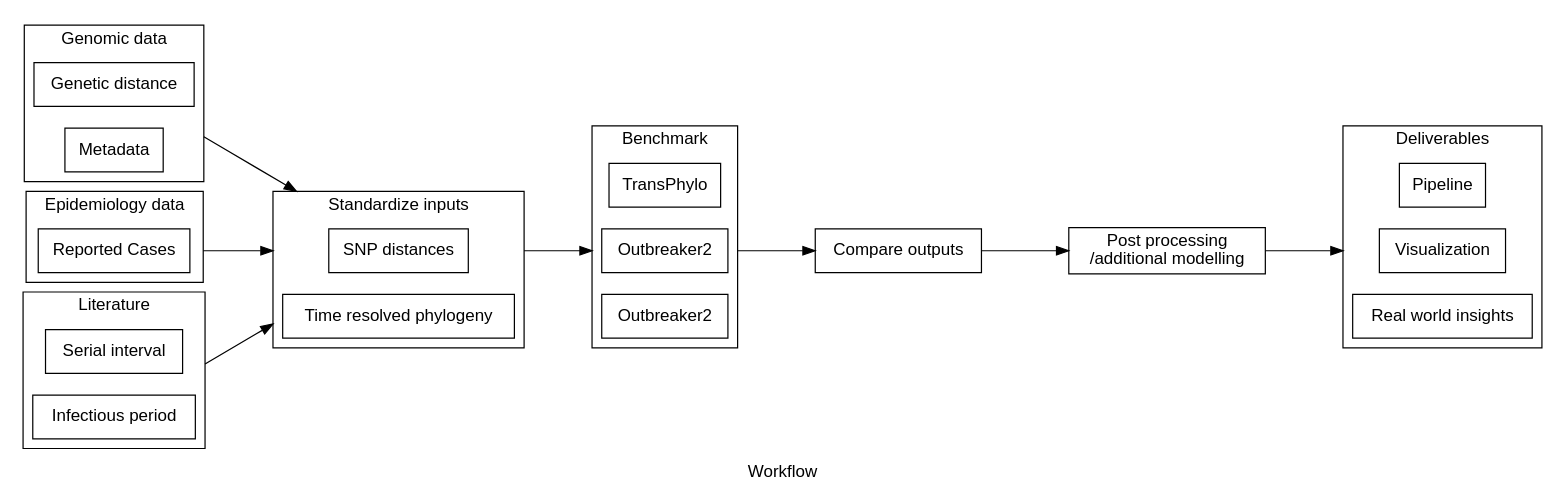
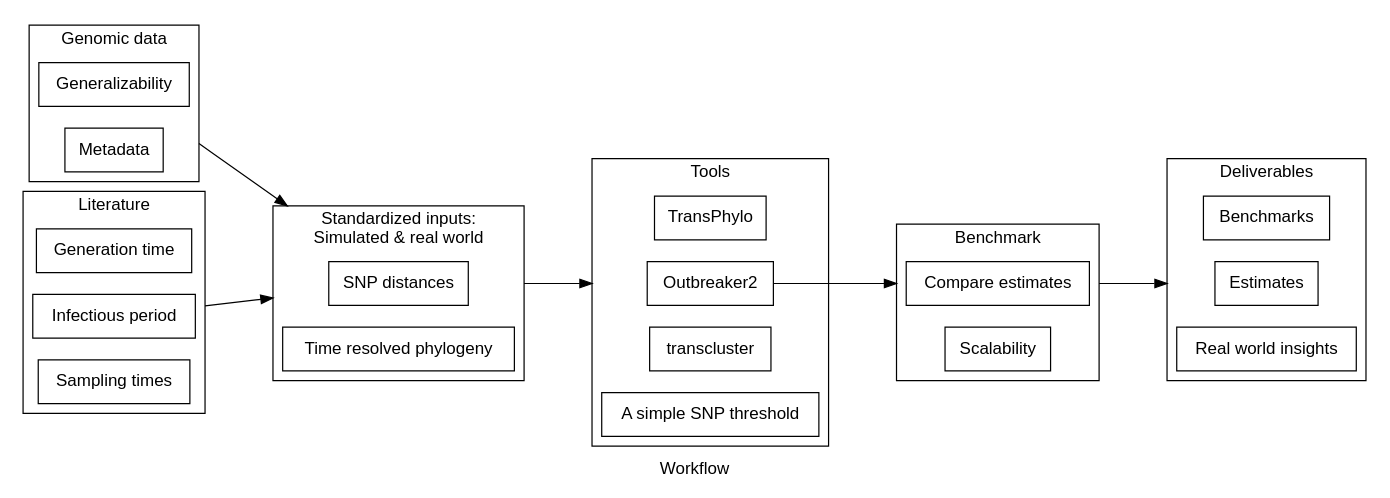
Before and after one commit to NCBI-Codeathons/beyond-phylogenies-team5: the diagram in workflow.dot, drawn with Graphviz. The commit also changed 1 other file, not shown here.

```diff
--- a/workflow.dot
+++ b/workflow.dot
@@ -1,61 +1,64 @@
 digraph D {
     graph [pad="0.05", nodesep="0.25", ranksep="1", rankdir = LR, fontname="Helvetica"];
     node[shape=rect, fontname="Helvetica"];
     compound=true;
     label="Workflow";
     splines="false";
 
     subgraph cluster0 {
         label="Genomic data";
         gen [label="Genetic distance"];
         metadata [label="Metadata"];
     }
     
-    subgraph cluster1 {
-        label="Epidemiology data";
-        cases [label="Reported Cases"];
-    }
+    // subgraph cluster1 {
+    //     label="Epidemiology data";
+    //     cases [label="Reported Cases"];
+    // }
 
     subgraph cluster_standard {
-        label = "Standardize inputs";
+        label = "Standardized inputs:\nSimulated & real world";
         snpdist [label="SNP distances"];
         phytime [label="Time resolved phylogeny"];
     }
 
     subgraph cluster2 {
         label="Literature";
-        serial [label="Serial interval"];
+        serial [label="Generation time"];
         infectious [label="Infectious period"];
+        sample [label="Sampling times"];
 	}
 
     subgraph cluster3 {
-        label = "Benchmark";
+        label = "Tools";
         tp [label="TransPhylo"];
         out2 [label="Outbreaker2"];
-        tc [label="Outbreaker2"];
+        tc [label="transcluster"];
+        simple [label="A simple SNP threshold"];
     }
-    
-    compout [label="Compare outputs"];
+
+    subgraph cluster_comp {
+        label="Benchmark";
+        compout [label="Compare estimates"];
+        scale [label="Scalability"];
+        gen [label="Generalizability"];
+    }
 
     subgraph cluster4 {
         label = "Deliverables";
-        cli [label="Pipeline"];
-        viz [label="Visualization"];
+        cli [label="Benchmarks"];
+        viz [label="Estimates"];
         insights [label="Real world insights"];
     }
-
-    post [label="Post processing\n/additional modelling"];
-
 
     dummy1[label="", fixedsize="false", width=0, height=0, shape=none];
 
     gen -> snpdist [ltail=cluster0,lhead=cluster_standard];
-    cases -> snpdist [ltail=cluster1,lhead=cluster_standard];
+    // cases -> snpdist [ltail=cluster1,lhead=cluster_standard];
     infectious -> snpdist [ltail=cluster2,lhead=cluster_standard];
 
     snpdist -> out2 [ltail=cluster_standard,lhead=cluster3];
 
-    out2 -> compout [ltail=cluster3,lhead=cluster_standardout];
-    compout -> post;
-    post -> viz [lhead=cluster4];
+    out2 -> compout [ltail=cluster3,ltail=cluster_standardout,lhead=cluster_comp];
+    compout -> viz [lhead=cluster4,ltail=cluster_comp];
 }
```
